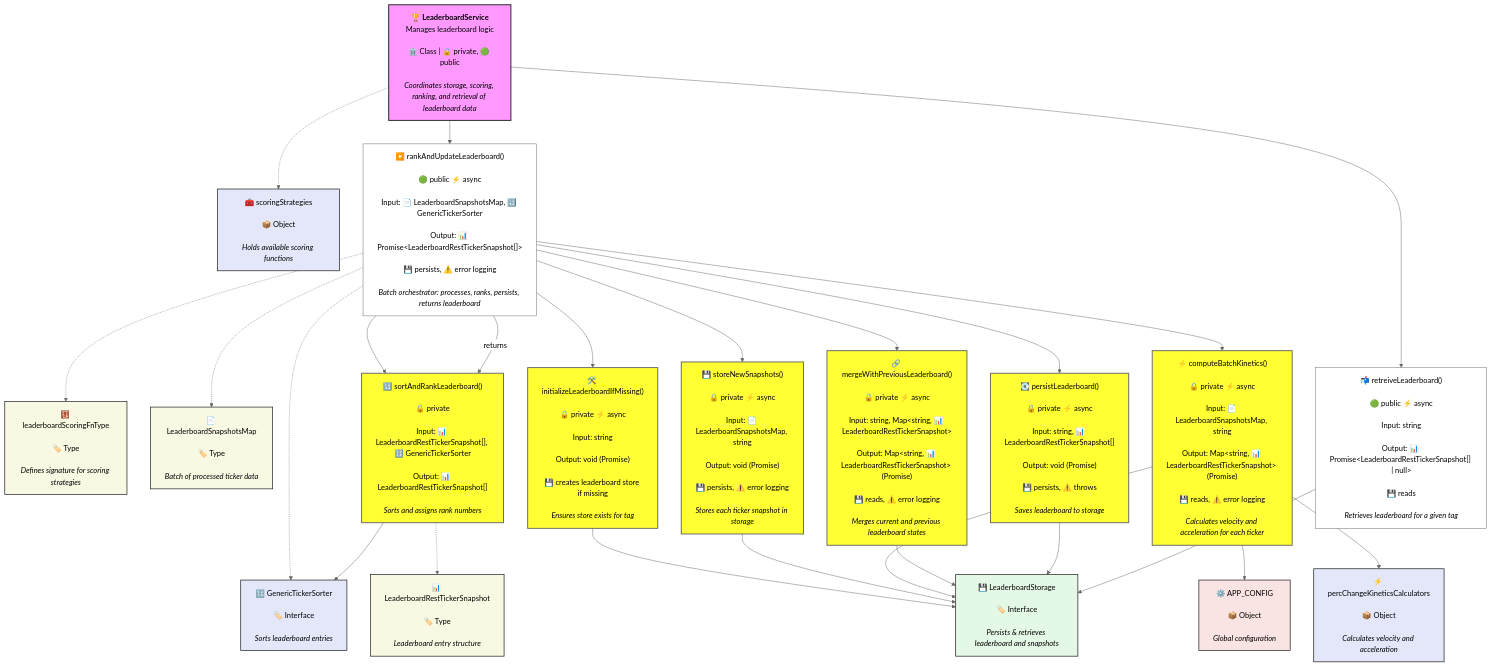
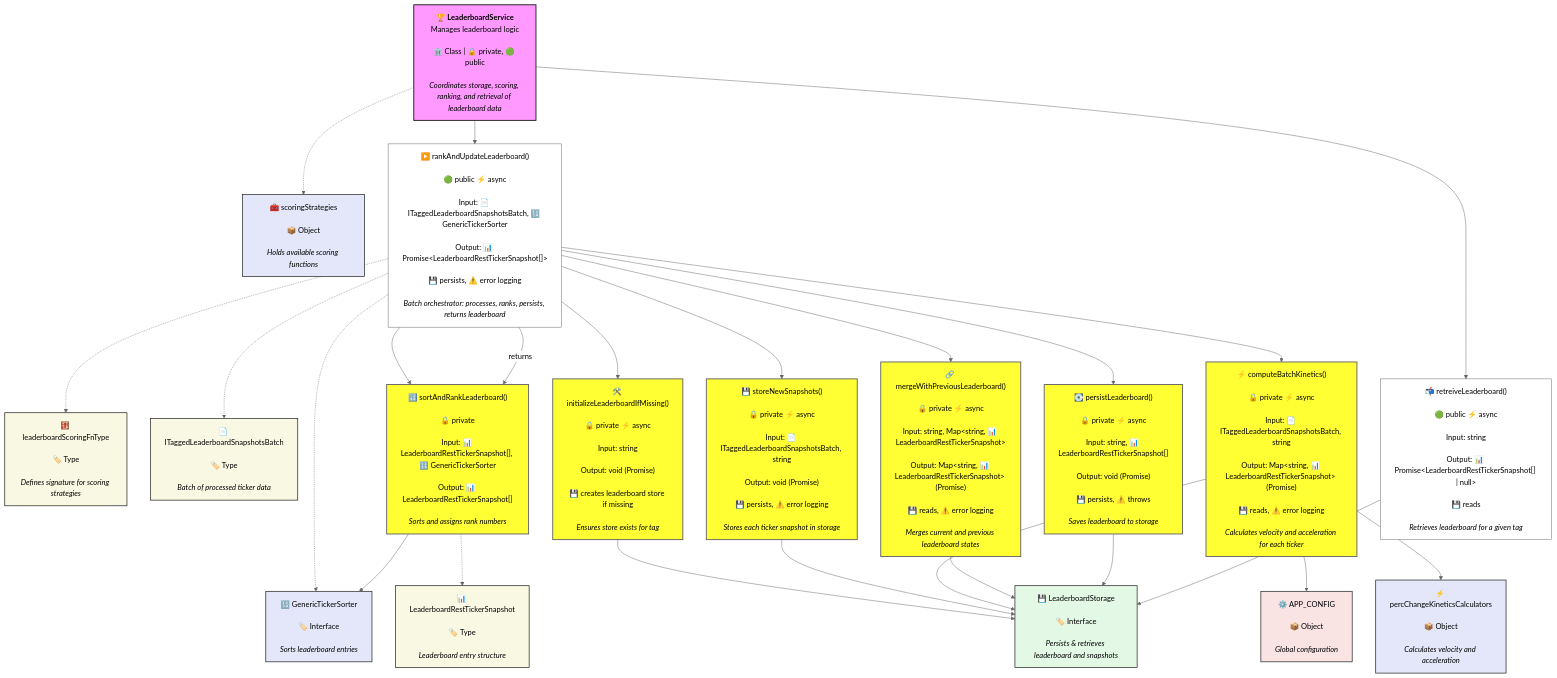
Before and after one commit to monolithgoon/momentum-trend-notification-bot: the diagram in src/services/leaderboard/docs/LeaderboardService.graph.md, drawn with Mermaid (neutral theme). The commit also changed 68 other files, not shown here.

Commit message:
refactor: replaces LeaderboardService with LeaderboardEngine, incl. related listener, storage, sorter and orchestrator components

```diff
--- a/src/services/leaderboard/docs/LeaderboardService.graph.md
+++ b/src/services/leaderboard/docs/LeaderboardService.graph.md
@@ -39,7 +39,7 @@
   <br/><i>Global configuration</i>
   "]:::config
 
-  LeaderboardSnapshotsMap["📄 LeaderboardSnapshotsMap
+  ITaggedLeaderboardSnapshotsBatch["📄 ITaggedLeaderboardSnapshotsBatch
   <br/>🏷️ Type
   <br/><i>Batch of processed ticker data</i>
   "]:::type
@@ -52,7 +52,7 @@
   %% Entrypoint
   rankAndUpdateLeaderboard["▶️ rankAndUpdateLeaderboard()
   <br/>🟢 public ⚡ async
-  <br/>Input: 📄 LeaderboardSnapshotsMap, 🔢 GenericTickerSorter
+  <br/>Input: 📄 ITaggedLeaderboardSnapshotsBatch, 🔢 GenericTickerSorter
   <br/>Output: 📊 Promise&lt;LeaderboardRestTickerSnapshot[]&gt;
   <br/>💾 persists, ⚠️ error logging
   <br/><i>Batch orchestrator: processes, ranks, persists, returns leaderboard</i>
@@ -69,7 +69,7 @@
 
   storeNewSnapshots["💾 storeNewSnapshots()
   <br/>🔒 private ⚡ async
-  <br/>Input: 📄 LeaderboardSnapshotsMap, string
+  <br/>Input: 📄 ITaggedLeaderboardSnapshotsBatch, string
   <br/>Output: void (Promise)
   <br/>💾 persists, ⚠️ error logging
   <br/><i>Stores each ticker snapshot in storage</i>
@@ -77,7 +77,7 @@
 
   computeBatchKinetics["⚡ computeBatchKinetics()
   <br/>🔒 private ⚡ async
-  <br/>Input: 📄 LeaderboardSnapshotsMap, string
+  <br/>Input: 📄 ITaggedLeaderboardSnapshotsBatch, string
   <br/>Output: Map&lt;string, 📊 LeaderboardRestTickerSnapshot&gt; (Promise)
   <br/>💾 reads, ⚠️ error logging
   <br/><i>Calculates velocity and acceleration for each ticker</i>
@@ -144,7 +144,7 @@
   sortAndRankLeaderboard --> sorter
 
   %% Input/Output types
-  rankAndUpdateLeaderboard -.-> LeaderboardSnapshotsMap
+  rankAndUpdateLeaderboard -.-> ITaggedLeaderboardSnapshotsBatch
   sortAndRankLeaderboard -.-> LeaderboardRestTickerSnapshot
 
   %% API
```
